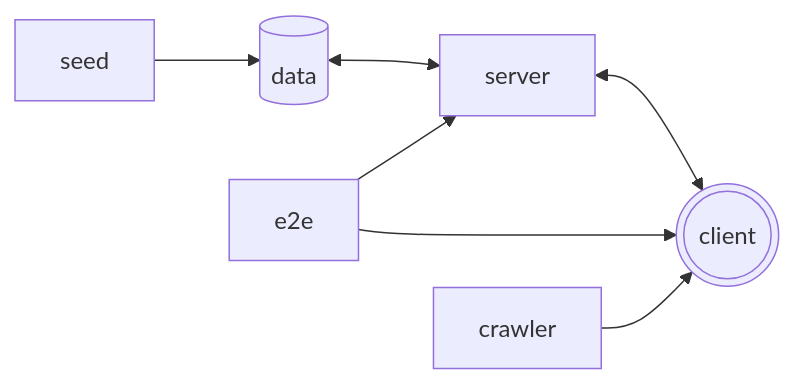
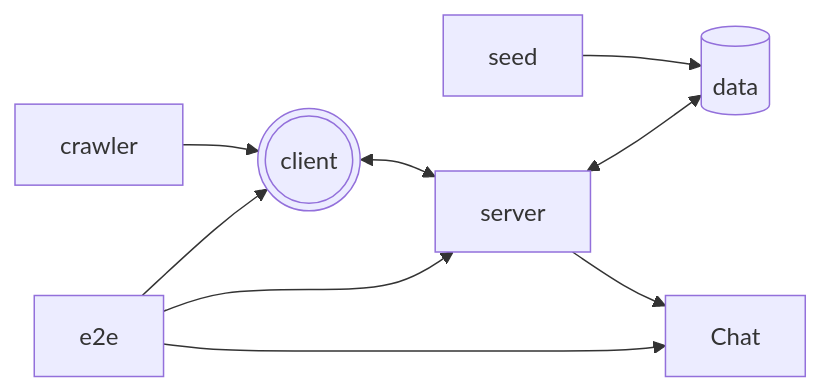
One commit to willemverbuyst/project-pieterpad changed the diagram in README.md. Above: the diagram before and after it, drawn with Mermaid.

````diff
--- a/README.md
+++ b/README.md
@@ -3,15 +3,18 @@
 ```mermaid
 flowchart LR
   A[seed]
   B[(data)]
   C[server]
   D(((client)))
   E[e2e]
   F[crawler]
+  G[Chat]
   A-->B
-  B<-->C
-  C<-->D
+  C<-->B
+  D<-->C
+  E-->D
   E-->C
-  E-->D
+  E-->G
   F-->D
+  C-->G
 ```
````
